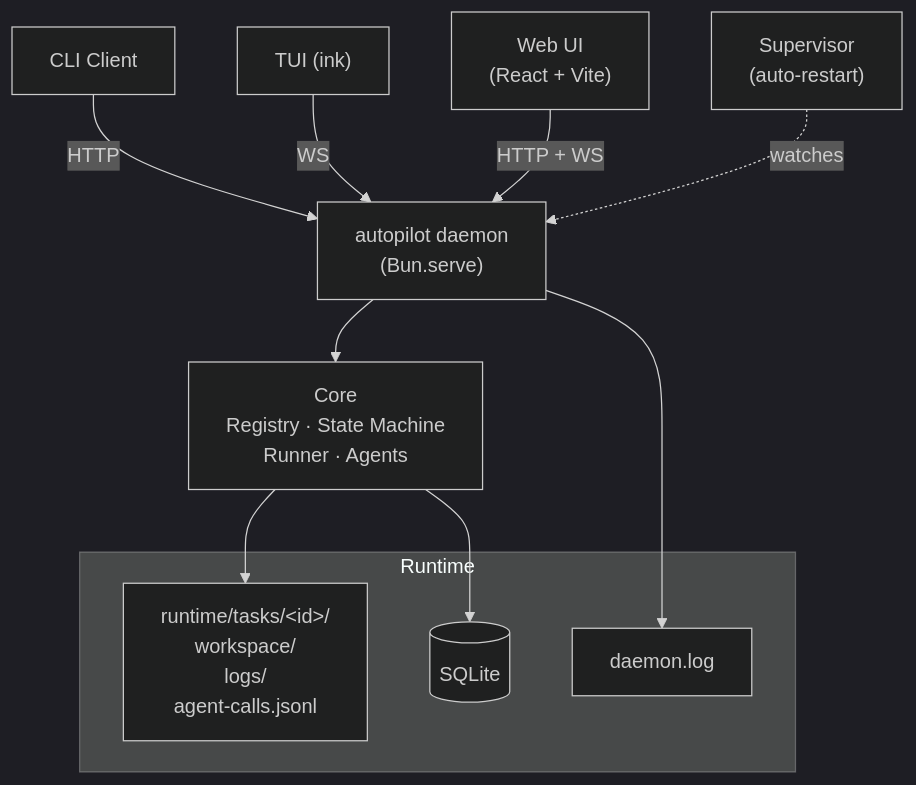
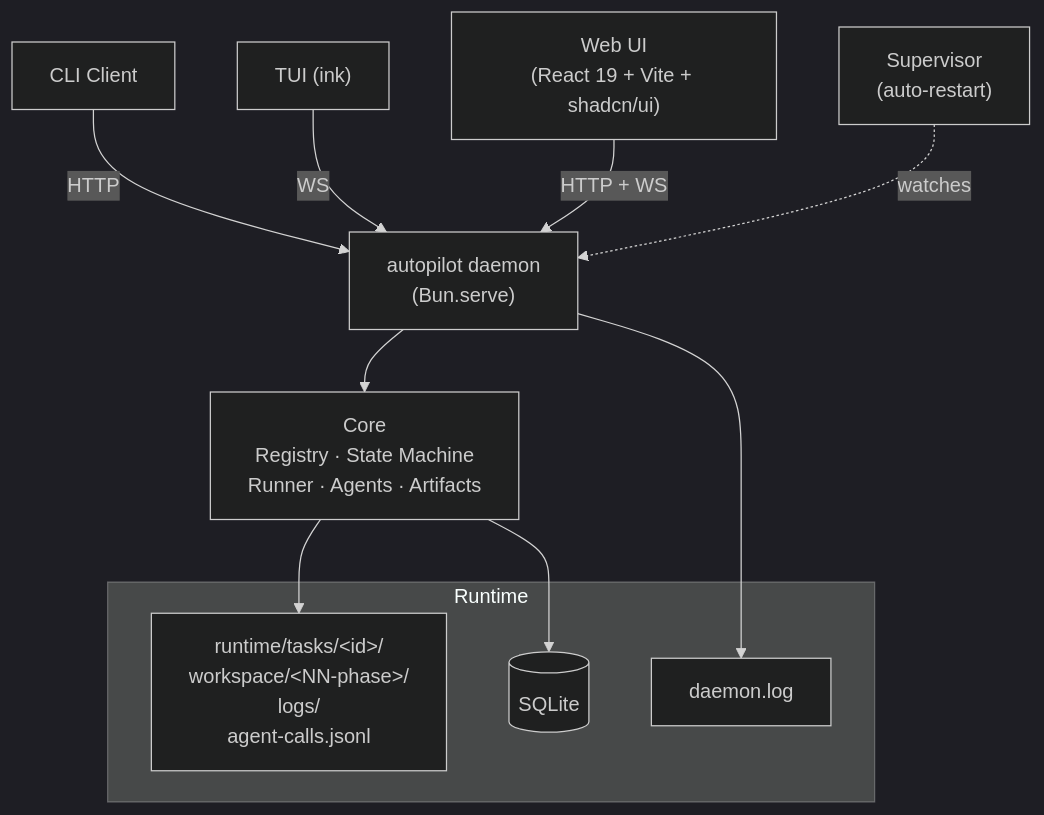
The diagram in README.md (larrygogo/autopilot), drawn with Mermaid (dark theme) before and after one commit. The commit also changed other lines of this file and 83 other files, not shown here.

First line of the commit message:
feat: Web UX 重写 + 人机交互（Gate / ask_user）+ phase 自动归档 (#32)

````diff
--- a/README.md
+++ b/README.md
@@ -39,20 +134,20 @@
 ```mermaid
 graph TB
     CLI["CLI Client"] --HTTP--> Daemon
     TUI["TUI (ink)"] --WS--> Daemon
-    Web["Web UI<br/>(React + Vite)"] --HTTP + WS--> Daemon
+    Web["Web UI<br/>(React 19 + Vite + shadcn/ui)"] --HTTP + WS--> Daemon
 
     Daemon["autopilot daemon<br/>(Bun.serve)"] --> Core
-    Core["Core<br/>Registry · State Machine<br/>Runner · Agents"] --> Workspaces
+    Core["Core<br/>Registry · State Machine<br/>Runner · Agents · Artifacts"] --> Workspaces
 
     Supervisor["Supervisor<br/>(auto-restart)"] -.watches.-> Daemon
 
     subgraph Runtime
-      Workspaces["runtime/tasks/&lt;id&gt;/<br/>workspace/<br/>logs/<br/>agent-calls.jsonl"]
+      Workspaces["runtime/tasks/&lt;id&gt;/<br/>workspace/&lt;NN-phase&gt;/<br/>logs/<br/>agent-calls.jsonl"]
       DB[("SQLite")]
       DaemonLog["daemon.log"]
     end
 
     Core --> DB
     Daemon --> DaemonLog
 ```
````
